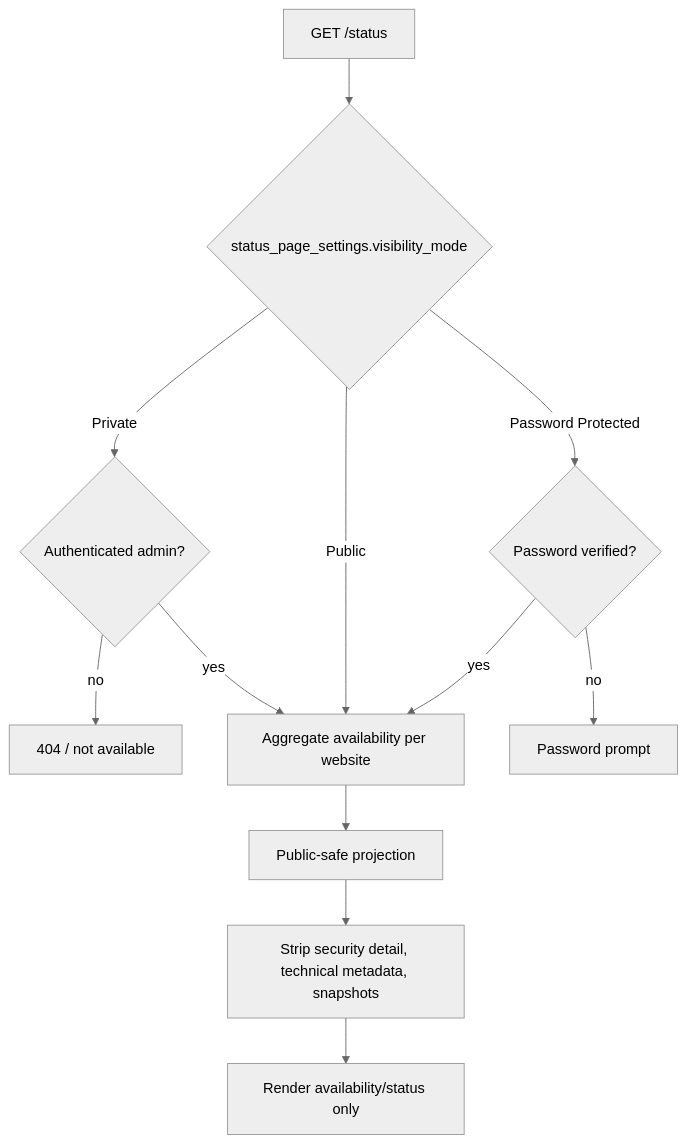
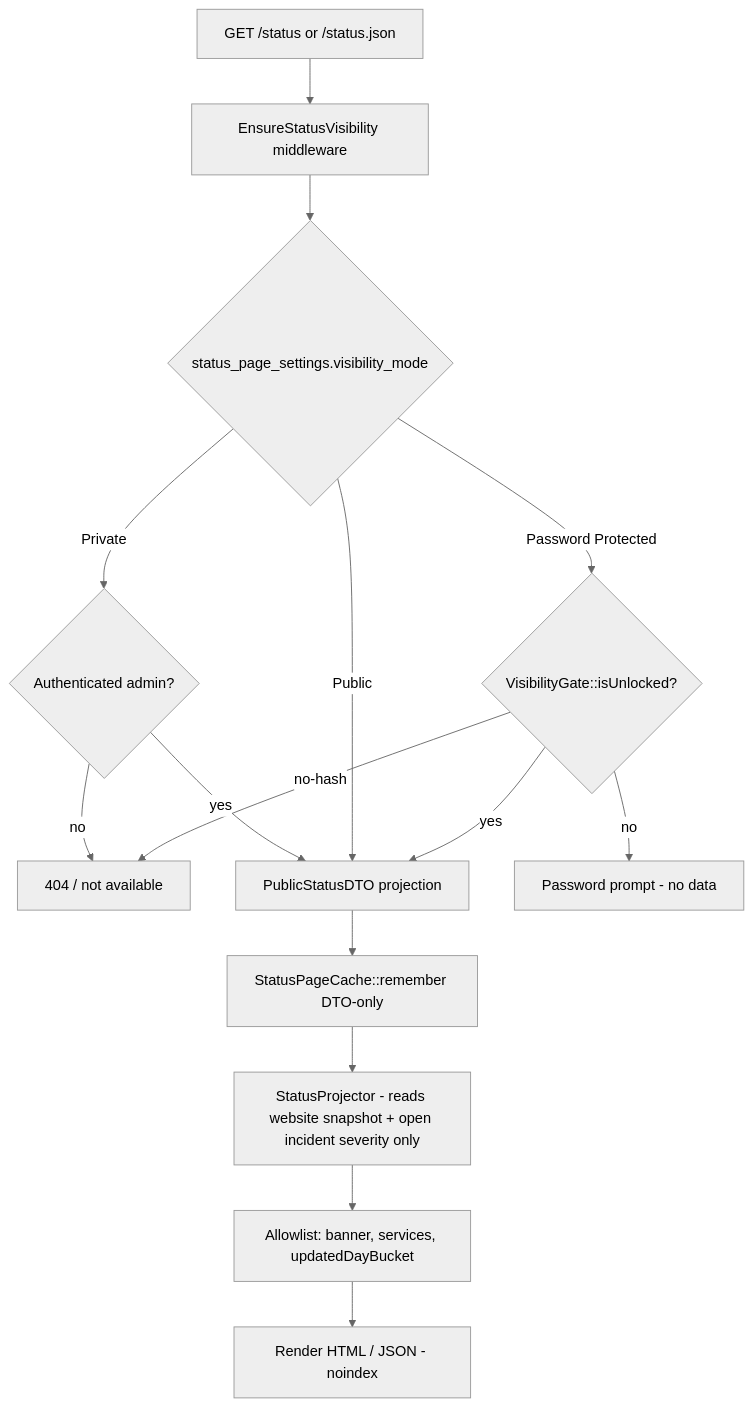
The ninth of 11 diagrams in ARCHITECTURE.md (tupski/SiteSentinel-Website-Monitor), drawn with Mermaid (neutral theme) before and after one commit. The commit also changed other lines of this file and 42 other files, not shown here.

Commit message:
feat(status-page): implement secure public status page

````diff
--- a/ARCHITECTURE.md
+++ b/ARCHITECTURE.md
@@ -374,14 +374,17 @@
 ```mermaid
 flowchart TD
-    Req[GET /status] --> Vis{status_page_settings.visibility_mode}
+    Req[GET /status or /status.json] --> MW[EnsureStatusVisibility middleware]
+    MW --> Vis{status_page_settings.visibility_mode}
     Vis -- Private --> Auth{Authenticated admin?}
     Auth -- no --> NotFound[404 / not available]
     Auth -- yes --> Agg
-    Vis -- Public --> Agg[Aggregate availability per website]
-    Vis -- Password Protected --> Gate{Password verified?}
-    Gate -- no --> Prompt[Password prompt]
+    Vis -- Public --> Agg[PublicStatusDTO projection]
+    Vis -- Password Protected --> Gate{VisibilityGate::isUnlocked?}
+    Gate -- no --> Prompt[Password prompt - no data]
+    Gate -- no-hash --> NotFound
     Gate -- yes --> Agg
-    Agg --> Project[Public-safe projection]
-    Project --> Redact[Strip security detail, technical metadata, snapshots]
-    Redact --> Render[Render availability/status only]
+    Agg --> Cache[StatusPageCache::remember DTO-only]
+    Cache --> Project[StatusProjector - reads website snapshot + open incident severity only]
+    Project --> Redact[Allowlist: banner, services, updatedDayBucket]
+    Redact --> Render[Render HTML / JSON - noindex]
 ```
````
